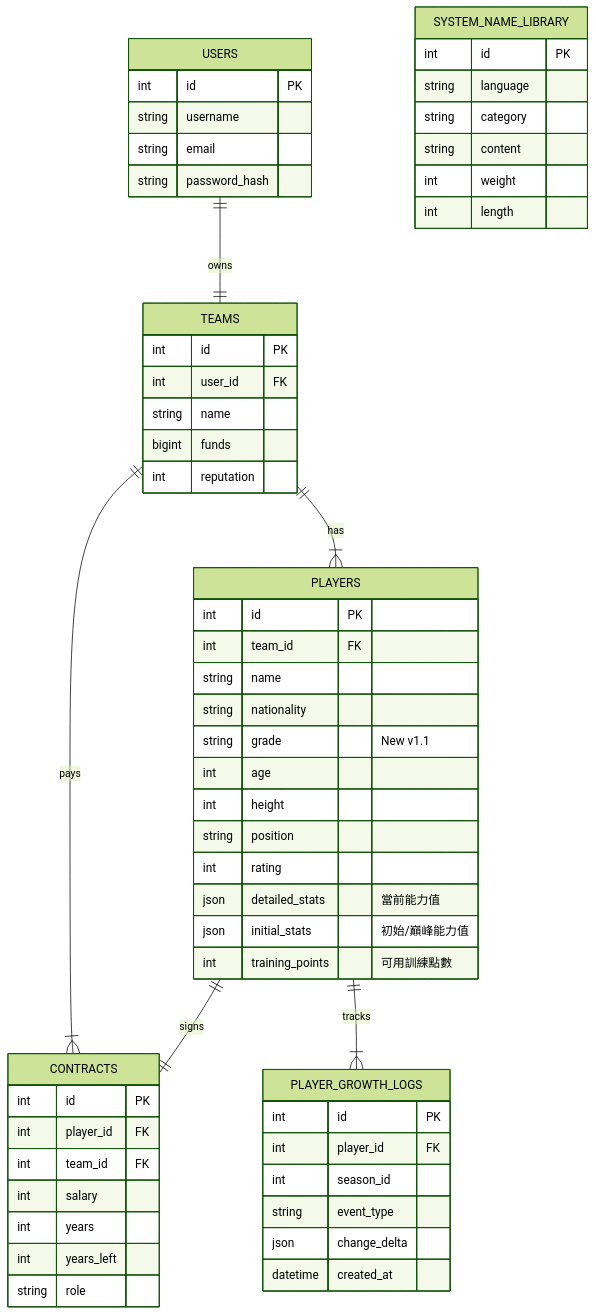
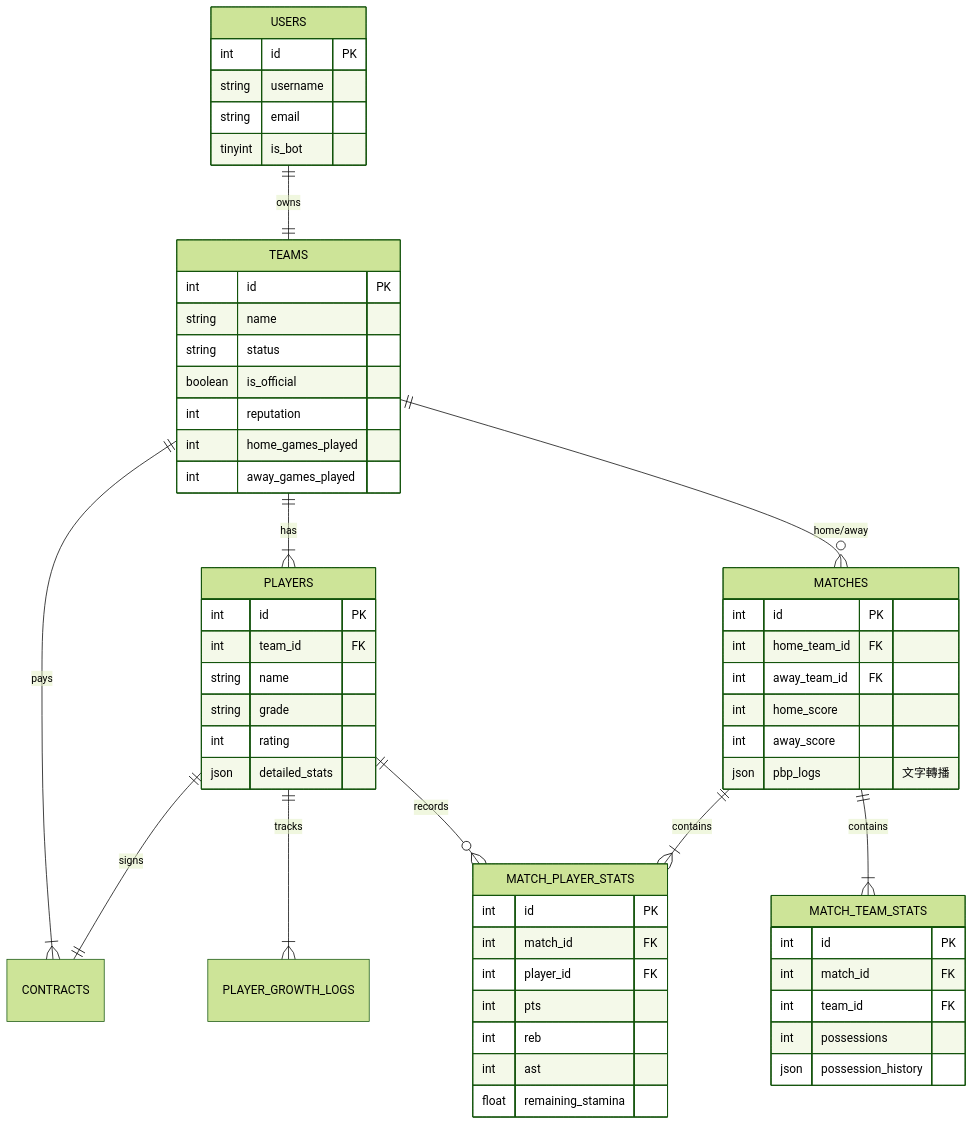
One commit to Haley-Shen-0213/ASBL-Basketball-Manager changed the diagram in ASBL_Database_Schema.md. Above: the diagram before and after it, drawn with Mermaid (forest theme). The commit also changed other lines of this file and 20 other files, not shown here.

````diff
--- a/ASBL_Database_Schema.md
+++ b/ASBL_Database_Schema.md
@@ -15,66 +17,66 @@
 ```mermaid
 erDiagram
     USERS ||--|| TEAMS : owns
     TEAMS ||--|{ PLAYERS : has
     TEAMS ||--|{ CONTRACTS : pays
+    TEAMS ||--o{ MATCHES : "home/away"
     PLAYERS ||--|| CONTRACTS : signs
     PLAYERS ||--|{ PLAYER_GROWTH_LOGS : tracks
+    PLAYERS ||--o{ MATCH_PLAYER_STATS : records
+
+    MATCHES ||--|{ MATCH_TEAM_STATS : contains
+    MATCHES ||--|{ MATCH_PLAYER_STATS : contains
 
     USERS {
         int id PK
         string username
         string email
-        string password_hash
+        tinyint is_bot
     }
 
     TEAMS {
         int id PK
-        int user_id FK
         string name
-        bigint funds
+        string status
+        boolean is_official
         int reputation
+        int home_games_played
+        int away_games_played
     }
 
     PLAYERS {
         int id PK
         int team_id FK
         string name
-        string nationality
-        string grade "New v1.1"
-        int age
-        int height
-        string position
+        string grade
         int rating
-        json detailed_stats "當前能力值"
-        json initial_stats "初始/巔峰能力值"
-        int training_points "可用訓練點數"
+        json detailed_stats
     }
 
-    CONTRACTS {
+    MATCHES {
         int id PK
-        int player_id FK
-        int team_id FK
-        int salary
-        int years
-        int years_left
-        string role
+        int home_team_id FK
+        int away_team_id FK
+        int home_score
+        int away_score
+        json pbp_logs "文字轉播"
     }
 
-    PLAYER_GROWTH_LOGS {
+    MATCH_TEAM_STATS {
         int id PK
-        int player_id FK
-        int season_id
-        string event_type
-        json change_delta
-        datetime created_at
+        int match_id FK
+        int team_id FK
+        int possessions
+        json possession_history
     }
 
-    SYSTEM_NAME_LIBRARY {
+    MATCH_PLAYER_STATS {
         int id PK
-        string language
-        string category
-        string content
-        int weight
-        int length
+        int match_id FK
+        int player_id FK
+        int pts
+        int reb
+        int ast
+        float remaining_stamina
     }
 ```
````
